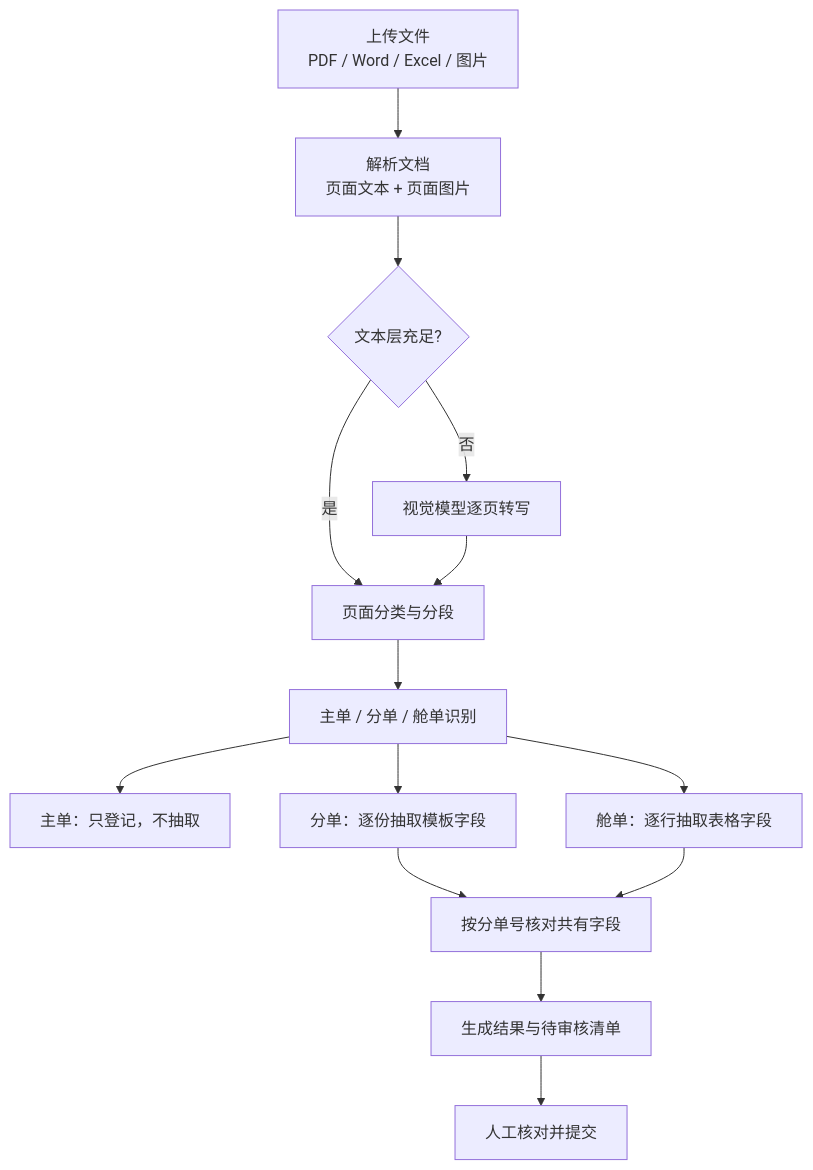
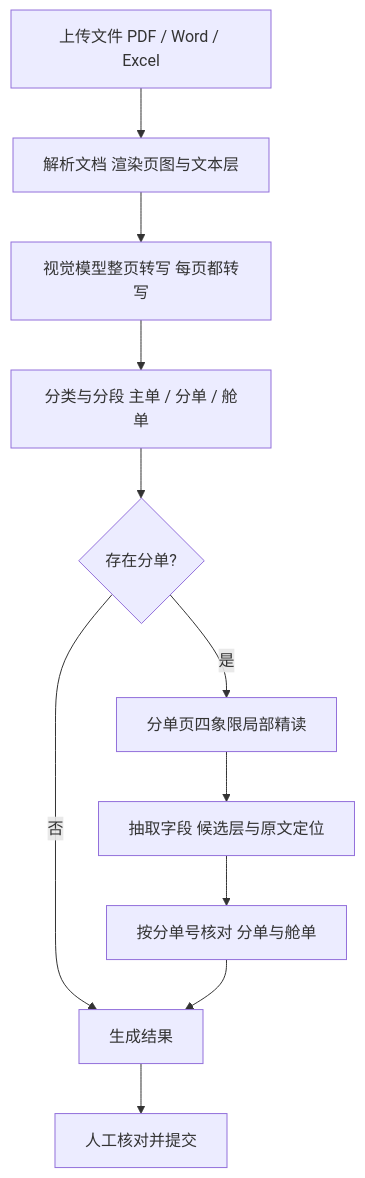
One commit to TZH-daxia/DocMind_DZ changed the diagram in README.md. Above: the diagram before and after it, drawn with Mermaid. The commit also changed other lines of this file and 53 other files, not shown here.

````diff
--- a/README.md
+++ b/README.md
@@ -15,16 +15,13 @@
 ```mermaid
 flowchart TD
-    A[上传文件<br/>PDF / Word / Excel / 图片] --> B[解析文档<br/>页面文本 + 页面图片]
-    B --> C{文本层充足?}
-    C -- 否 --> D[视觉模型逐页转写]
-    C -- 是 --> E[页面分类与分段]
-    D --> E
-    E --> F[主单 / 分单 / 舱单识别]
-    F --> G[主单：只登记，不抽取]
-    F --> H[分单：逐份抽取模板字段]
-    F --> I[舱单：逐行抽取表格字段]
-    H --> J[按分单号核对共有字段]
-    I --> J
-    J --> K[生成结果与待审核清单]
-    K --> L[人工核对并提交]
+    A[上传文件 PDF / Word / Excel] --> B[解析文档 渲染页图与文本层]
+    B --> C[视觉模型整页转写 每页都转写]
+    C --> D[分类与分段 主单 / 分单 / 舱单]
+    D --> E{存在分单?}
+    E -- 否 --> H[生成结果]
+    E -- 是 --> F[分单页四象限局部精读]
+    F --> G[抽取字段 候选层与原文定位]
+    G --> I[按分单号核对 分单与舱单]
+    I --> H
+    H --> J[人工核对并提交]
 ```
````
